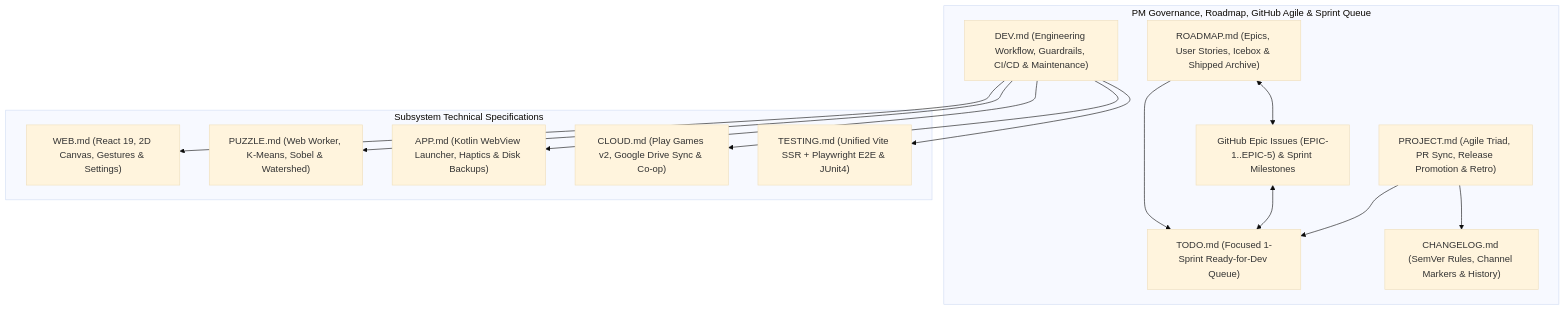
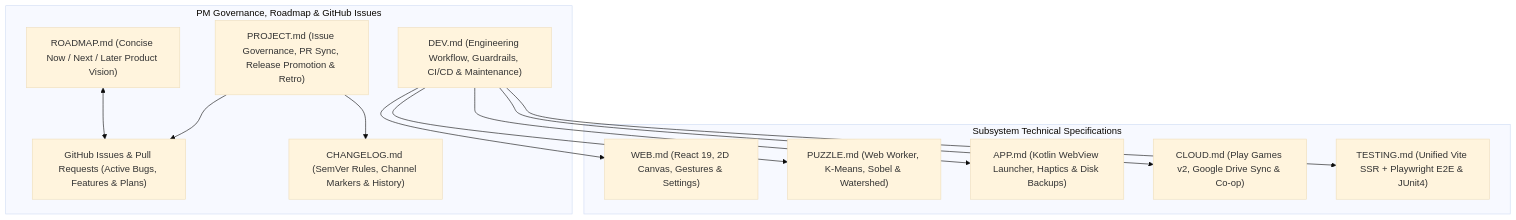
One commit to shthed/capy changed the diagram in DEV.md. Above: the diagram before and after it, drawn with Mermaid (base theme). The commit also changed other lines of this file and 15 other files, not shown here.

Commit message:
docs: delete TODO.md and slim ROADMAP.md into concise Now/Next/Later vision

````diff
--- a/DEV.md
+++ b/DEV.md
@@ -24,30 +24,27 @@
 ```mermaid
 flowchart TD
-    subgraph GovernanceAndPlanning["PM Governance, Roadmap, GitHub Agile & Sprint Queue"]
-        PROJECT["PROJECT.md (Agile Triad, PR Sync, Release Promotion & Retro)"]
+    subgraph GovernanceAndPlanning["PM Governance, Roadmap & GitHub Issues"]
+        PROJECT["PROJECT.md (Issue Governance, PR Sync, Release Promotion & Retro)"]
         DEV["DEV.md (Engineering Workflow, Guardrails, CI/CD & Maintenance)"]
-        ROADMAP["ROADMAP.md (Epics, User Stories, Icebox & Shipped Archive)"]
-        GH_AGILE["GitHub Epic Issues (EPIC-1..EPIC-5) & Sprint Milestones"]
-        TODO["TODO.md (Focused 1-Sprint Ready-for-Dev Queue)"]
+        ROADMAP["ROADMAP.md (Concise Now / Next / Later Product Vision)"]
+        GH_ISSUES["GitHub Issues & Pull Requests (Active Bugs, Features & Plans)"]
         CHANGELOG["CHANGELOG.md (SemVer Rules, Channel Markers & History)"]
     end
 
     subgraph SubsystemSpecs["Subsystem Technical Specifications"]
         WEB["WEB.md (React 19, 2D Canvas, Gestures & Settings)"]
         PUZZLE["PUZZLE.md (Web Worker, K-Means, Sobel & Watershed)"]
         APP["APP.md (Kotlin WebView Launcher, Haptics & Disk Backups)"]
         CLOUD["CLOUD.md (Play Games v2, Google Drive Sync & Co-op)"]
         TESTING["TESTING.md (Unified Vite SSR + Playwright E2E & JUnit4)"]
     end
 
-    ROADMAP <--> GH_AGILE
-    ROADMAP --> TODO
-    GH_AGILE <--> TODO
-    PROJECT --> TODO
+    ROADMAP <--> GH_ISSUES
+    PROJECT --> GH_ISSUES
     PROJECT --> CHANGELOG
     DEV --> WEB
     DEV --> PUZZLE
     DEV --> APP
     DEV --> CLOUD
     DEV --> TESTING
 ```
````
